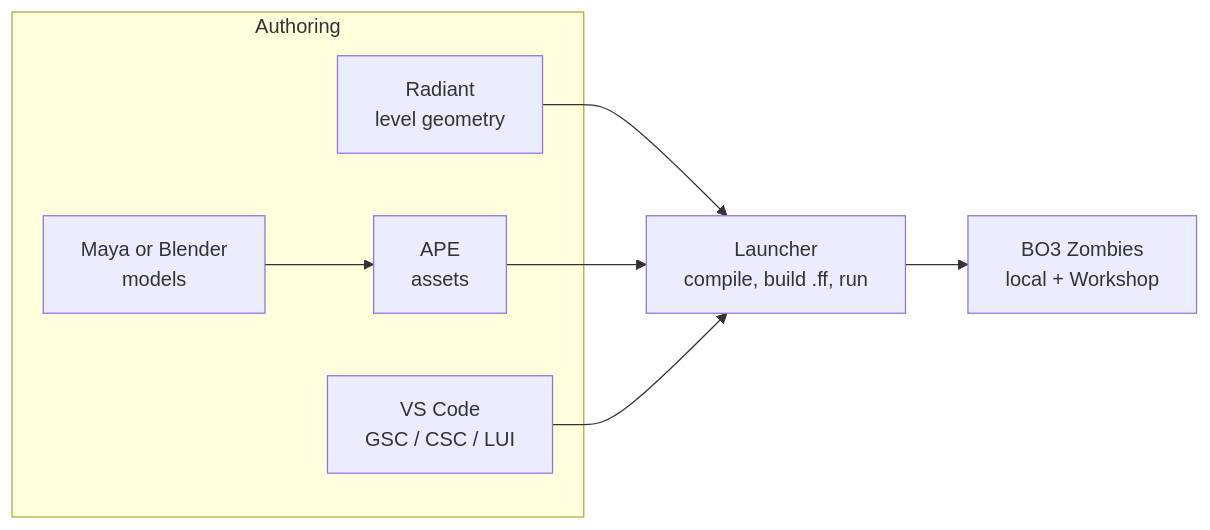
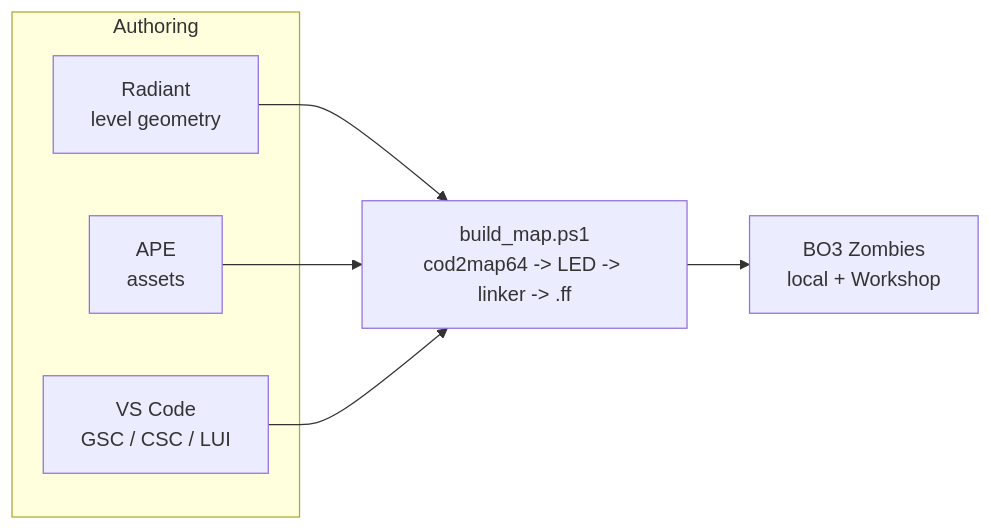
One commit to JordanUrbaezLu/abandoned_cyber_city_zombies changed the first of 2 diagrams in docs/01_toolchain.md. Above: the diagram before and after it, drawn with Mermaid. The commit also changed other lines of this file and 333 other files, not shown here.

````diff
--- a/docs/01_toolchain.md
+++ b/docs/01_toolchain.md
@@ -24,14 +24,12 @@
 ```mermaid
 flowchart LR
     subgraph Authoring
         Rad[Radiant<br/>level geometry]
         APE[APE<br/>assets]
-        Maya[Maya or Blender<br/>models]
         IDE[VS Code<br/>GSC / CSC / LUI]
     end
-    Rad --> Launcher
-    APE --> Launcher
-    Maya --> APE
-    IDE --> Launcher
-    Launcher[Launcher<br/>compile, build .ff, run] --> Game[BO3 Zombies<br/>local + Workshop]
+    Rad --> Build
+    APE --> Build
+    IDE --> Build
+    Build[build_map.ps1<br/>cod2map64 -> LED -> linker -> .ff] --> Game[BO3 Zombies<br/>local + Workshop]
 ```
````
